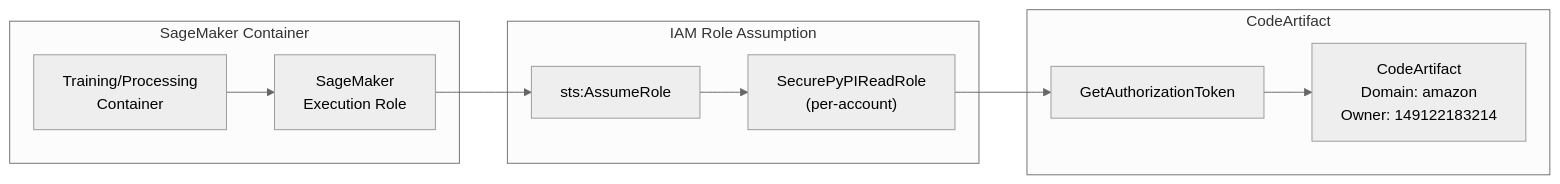
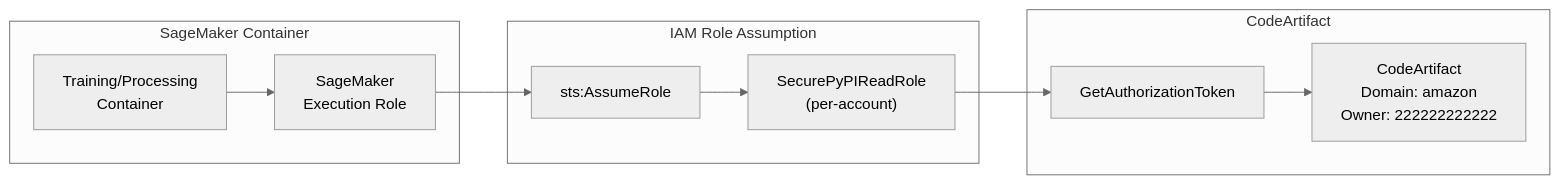
One commit to TianpeiLuke/cursus changed the second of 2 diagrams in slipbox/1_design/secure_pypi_installation_design.md. Above: the diagram before and after it, drawn with Mermaid (neutral theme). The commit also changed other lines of this file and 118 other files, not shown here.

````diff
--- a/slipbox/1_design/secure_pypi_installation_design.md
+++ b/slipbox/1_design/secure_pypi_installation_design.md
@@ -520,23 +520,23 @@
 ```mermaid
 flowchart LR
     subgraph "SageMaker Container"
         Container["Training/Processing<br/>Container"]
         ExecutionRole["SageMaker<br/>Execution Role"]
     end
     
     subgraph "IAM Role Assumption"
         AssumeRole["sts:AssumeRole"]
         SecureRole["SecurePyPIReadRole<br/>(per-account)"]
     end
     
     subgraph "CodeArtifact"
-        CA["CodeArtifact<br/>Domain: amazon<br/>Owner: 149122183214"]
+        CA["CodeArtifact<br/>Domain: amazon<br/>Owner: 222222222222"]
         GetToken["GetAuthorizationToken"]
     end
     
     Container --> ExecutionRole
     ExecutionRole --> AssumeRole
     AssumeRole --> SecureRole
     SecureRole --> GetToken
     GetToken --> CA
 ```
````
